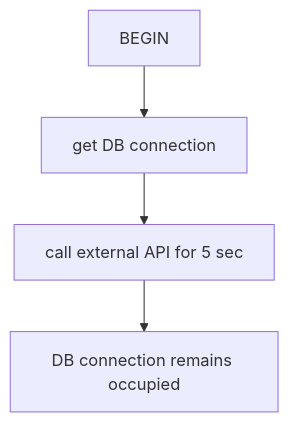
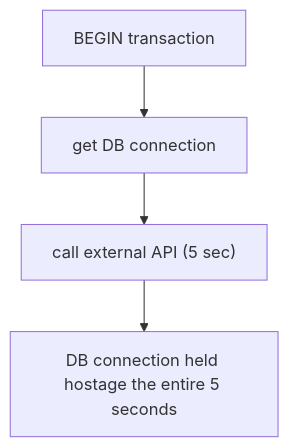
Before and after one commit to pankajThakur1874/studysheet: diagram 11 of 29 in files/08-edge-cases/Tier-1-Production-Failures.md, drawn with Mermaid. The commit also changed other lines of this file and 5 other files, not shown here.

````diff
--- a/files/08-edge-cases/Tier-1-Production-Failures.md
+++ b/files/08-edge-cases/Tier-1-Production-Failures.md
@@ -395,6 +464,6 @@
 ```mermaid
 flowchart TD
-    A["BEGIN"] --> B["get DB connection"]
-    B --> C["call external API for 5 sec"]
-    C --> D["DB connection remains occupied"]
+    A["BEGIN transaction"] --> B["get DB connection"]
+    B --> C["call external API (5 sec)"]
+    C --> D["DB connection held hostage the entire 5 seconds"]
 ```
````
